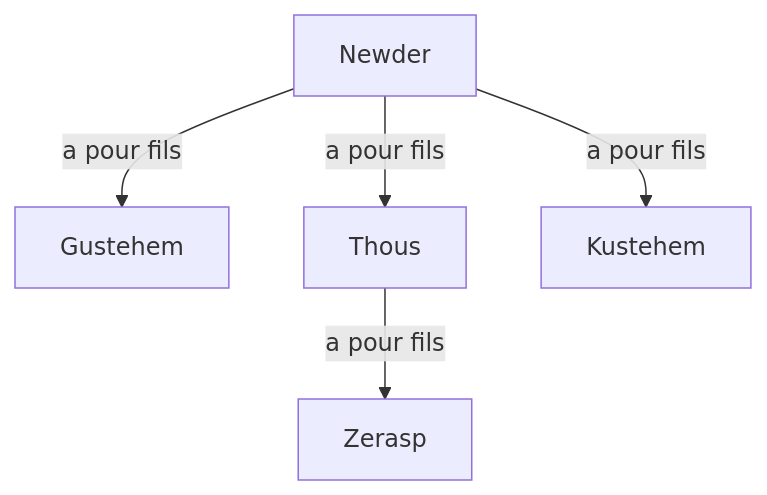
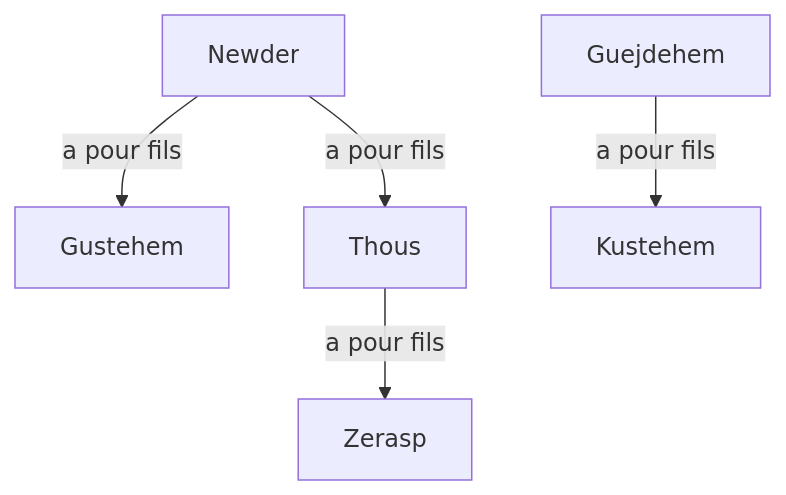
Before and after one commit to hdorgeval/le-livre-des-rois: the diagram in src/graphs/newder/newder.mmd, drawn with Mermaid. The commit also changed 1 other file, not shown here.

Commit message:
fix(genealogy): fix newder genealogy

```diff
--- a/src/graphs/newder/newder.mmd
+++ b/src/graphs/newder/newder.mmd
@@ -1,5 +1,5 @@
 graph TD
 Newder --a pour fils--> Gustehem
 Newder --a pour fils--> Thous
-Newder --a pour fils--> Kustehem
+Guejdehem --a pour fils--> Kustehem
 Thous --a pour fils--> Zerasp
```
